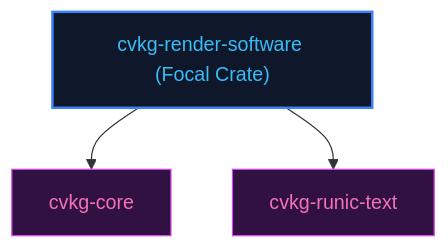
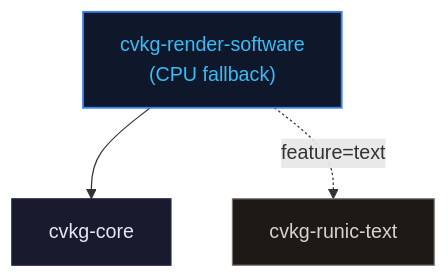
One commit to sydonayrex/cvkg changed the diagram in cvkg-render-software/README.md. Above: the diagram before and after it, drawn with Mermaid. The commit also changed other lines of this file and 465 other files, not shown here.

````diff
--- a/cvkg-render-software/README.md
+++ b/cvkg-render-software/README.md
@@ -11,12 +17,13 @@
 ```mermaid
 graph TD
-    cvkg-render-software["cvkg-render-software (Focal Crate)"]
-    cvkg-core["cvkg-core"]
+    cvkg-render-software["cvkg-render-software<br/>(CPU fallback)"]
     cvkg-render-software --> cvkg-core
-    cvkg-runic-text["cvkg-runic-text"]
-    cvkg-render-software --> cvkg-runic-text
-    classDef focal fill:#0f172a,stroke:#3b82f6,color:#38bdf8,stroke-width:2px
-    classDef sibling fill:#311042,stroke:#d946ef,color:#f472b6,stroke-width:1px
-    class cvkg-render-software focal
-    class cvkg-runic-text,cvkg-core sibling
+    cvkg-render-software -.->|feature=text| cvkg-runic-text
+
+    classDef render fill:#0f172a,stroke:#3b82f6,color:#38bdf8,stroke-width:1.5px
+    classDef core fill:#1a1a2e,stroke:#1e293b,color:#e2e8f0,stroke-width:1px
+    classDef text fill:#1c1917,stroke:#78716c,color:#d6d3d1,stroke-width:1px
+    class cvkg-render-software render
+    class cvkg-core core
+    class cvkg-runic-text text
 ```
````
